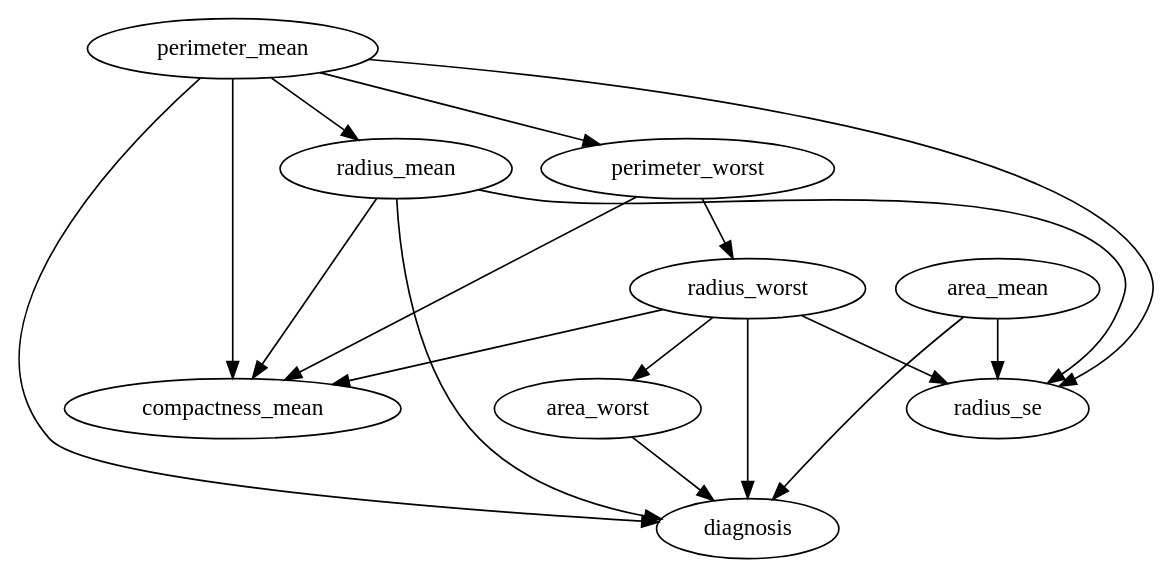
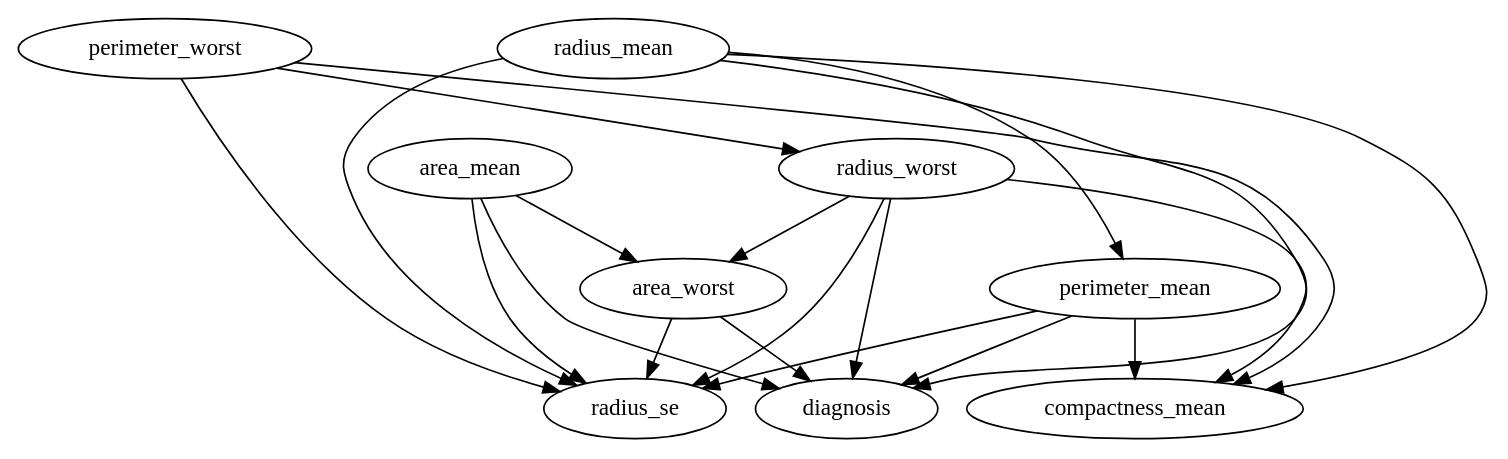
One commit to Hen0k/causal-inference changed the diagram in models/2_causal_graph_with_seventy_pct_norm_with_subset.dot. Above: the diagram before and after it, drawn with Graphviz. The commit also changed 19 other files, not shown here.

```diff
--- a/models/2_causal_graph_with_seventy_pct_norm_with_subset.dot
+++ b/models/2_causal_graph_with_seventy_pct_norm_with_subset.dot
@@ -1,28 +1,30 @@
 strict digraph  {
 diagnosis;
 perimeter_mean;
 radius_mean;
 area_mean;
 compactness_mean;
 radius_worst;
 area_worst;
 perimeter_worst;
 radius_se;
-perimeter_mean -> diagnosis  [origin=learned, weight="4.738524784635789"];
-perimeter_mean -> radius_mean  [origin=learned, weight="0.9982478935682932"];
-perimeter_mean -> compactness_mean  [origin=learned, weight="13.324416645328776"];
-perimeter_mean -> perimeter_worst  [origin=learned, weight="1.0306729943524935"];
-perimeter_mean -> radius_se  [origin=learned, weight="-0.8574026377105302"];
-radius_mean -> diagnosis  [origin=learned, weight="-6.3005879408926395"];
-radius_mean -> compactness_mean  [origin=learned, weight="-12.91168848561097"];
-radius_mean -> radius_se  [origin=learned, weight="-1.7687012697826494"];
-area_mean -> diagnosis  [origin=learned, weight="1.121841147410174"];
-area_mean -> radius_se  [origin=learned, weight="2.1790988149107"];
-radius_worst -> diagnosis  [origin=learned, weight="4.045913908427212"];
-radius_worst -> compactness_mean  [origin=learned, weight="2.142754522840833"];
-radius_worst -> area_worst  [origin=learned, weight="0.9645296255536736"];
-radius_worst -> radius_se  [origin=learned, weight="1.494005293537374"];
-area_worst -> diagnosis  [origin=learned, weight="-2.0531302637236455"];
-perimeter_worst -> compactness_mean  [origin=learned, weight="-1.2177422362684909"];
-perimeter_worst -> radius_worst  [origin=learned, weight="0.8319587263681228"];
+perimeter_mean -> diagnosis  [origin=learned, weight="2.8517065672700106"];
+perimeter_mean -> compactness_mean  [origin=learned, weight="13.85326689966399"];
+perimeter_mean -> radius_se  [origin=learned, weight="3.915291192254732"];
+radius_mean -> diagnosis  [origin=learned, weight="-5.072208891258161"];
+radius_mean -> perimeter_mean  [origin=learned, weight="0.8307970335855421"];
+radius_mean -> compactness_mean  [origin=learned, weight="-13.287408370783698"];
+radius_mean -> radius_se  [origin=learned, weight="-7.603047770008984"];
+area_mean -> diagnosis  [origin=learned, weight="1.4361162926482232"];
+area_mean -> area_worst  [origin=learned, weight="0.9684730870558782"];
+area_mean -> radius_se  [origin=learned, weight="3.836929815418796"];
+radius_worst -> diagnosis  [origin=learned, weight="4.617907172914768"];
+radius_worst -> compactness_mean  [origin=learned, weight="2.1518353209963337"];
+radius_worst -> area_worst  [origin=learned, weight="0.926852413588247"];
+radius_worst -> radius_se  [origin=learned, weight="2.8562611069872754"];
+area_worst -> diagnosis  [origin=learned, weight="-2.5464530114638957"];
+area_worst -> radius_se  [origin=learned, weight="-1.342547065548107"];
+perimeter_worst -> compactness_mean  [origin=learned, weight="-1.1559214149973338"];
+perimeter_worst -> radius_worst  [origin=learned, weight="0.9853841603822664"];
+perimeter_worst -> radius_se  [origin=learned, weight="-0.8853181733449534"];
 }
```
